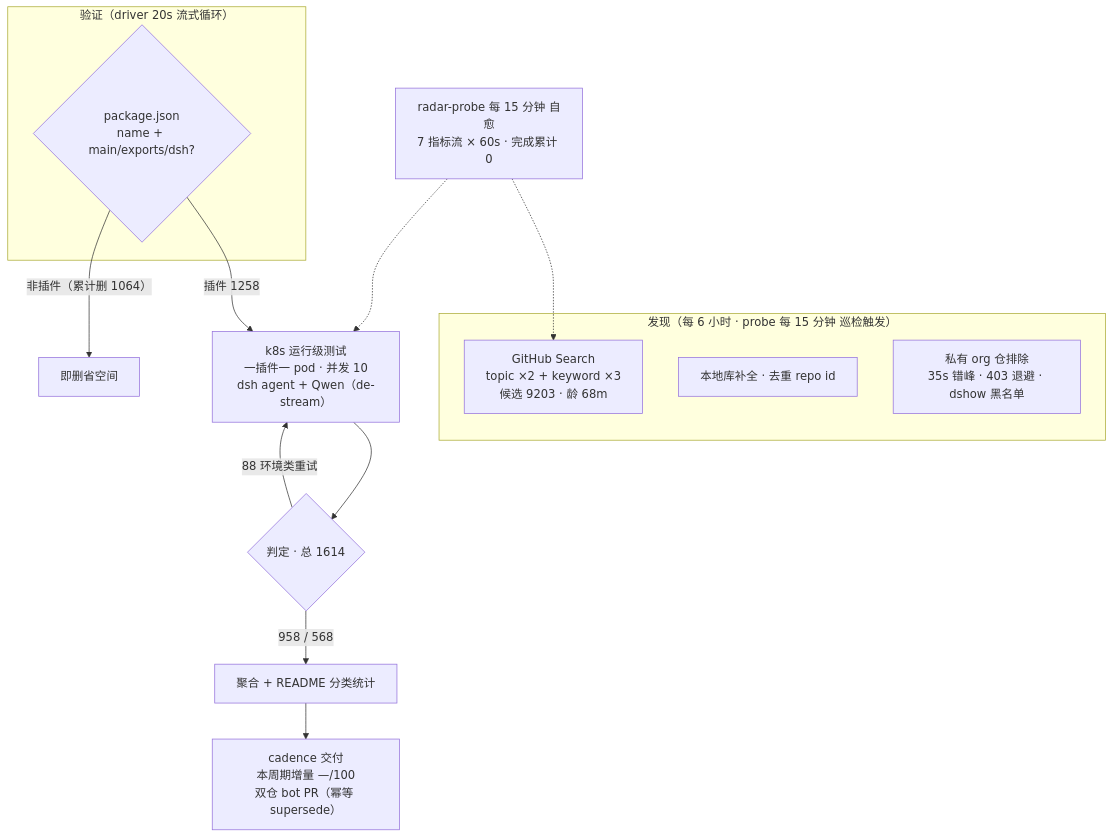
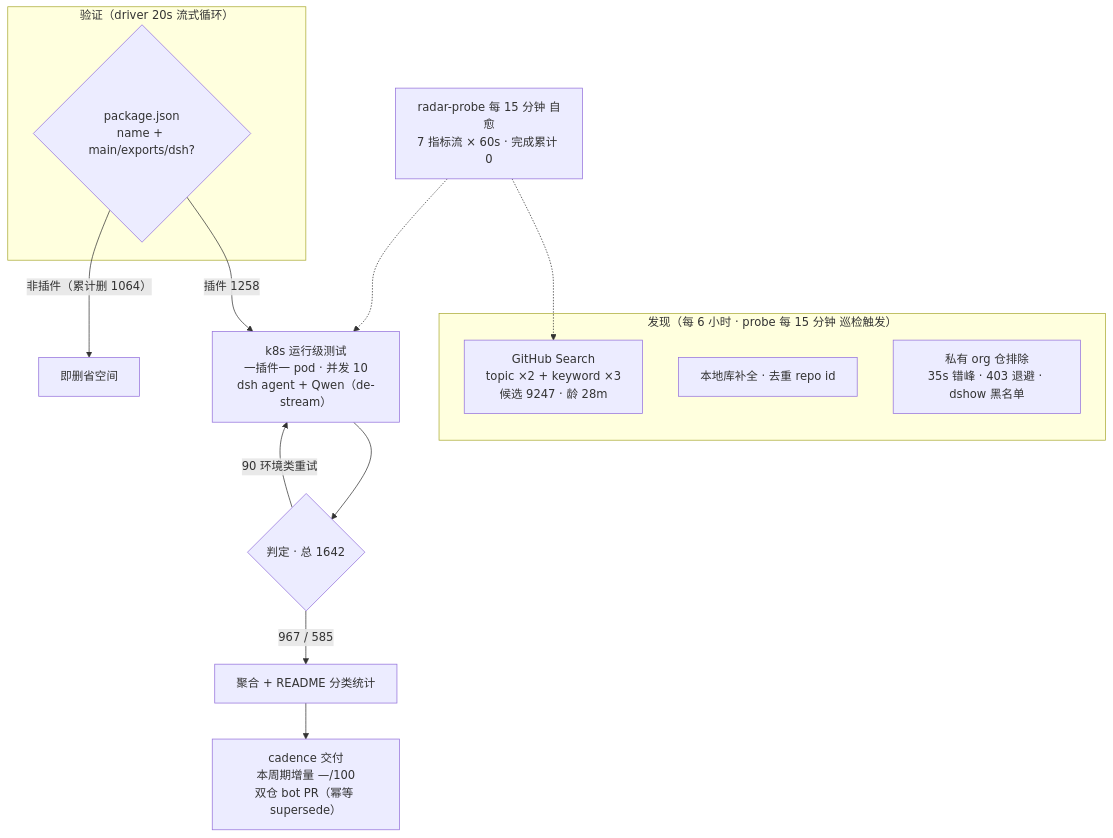
One commit to Zhidao-Lab-OSS/awesome-dsh-plugins changed the diagram in README.md. Above: the diagram before and after it, drawn with Mermaid. The commit also changed other lines of this file and 1 other file, not shown here.

````diff
--- a/README.md
+++ b/README.md
@@ -30,19 +30,19 @@
 ```mermaid
 flowchart TB
     subgraph Discovery[" 发现（每 6 小时 · probe 每 15 分钟 巡检触发）"]
-        A1["GitHub Search<br/>topic ×2 + keyword ×3<br/>候选 9203 · 龄 68m"]
+        A1["GitHub Search<br/>topic ×2 + keyword ×3<br/>候选 9247 · 龄 28m"]
         A2["本地库补全 · 去重 repo id"]
         A3[" 私有 org 仓排除<br/>35s 错峰 · 403 退避 · dshow 黑名单"]
     end
     subgraph Validation[" 验证（driver 20s 流式循环）"]
         B1{"package.json<br/>name + main/exports/dsh?"}
     end
     B1 -->|"插件 1258"| C1["k8s 运行级测试<br/>一插件一 pod · 并发 10<br/>dsh agent + Qwen（de-stream）"]
     B1 -->|"非插件（累计删 1064）"| B3[" 即删省空间"]
-    C1 --> D1{"判定 · 总 1614"}
-    D1 -->|" 958 /  568"| E1["聚合 + README 分类统计"]
-    D1 -->|" 88 环境类重试"| C1
+    C1 --> D1{"判定 · 总 1642"}
+    D1 -->|" 967 /  585"| E1["聚合 + README 分类统计"]
+    D1 -->|" 90 环境类重试"| C1
     E1 --> E2["cadence 交付<br/>本周期增量 —/100<br/>双仓 bot PR（幂等 supersede）"]
     M[" radar-probe 每 15 分钟 自愈<br/>7 指标流 × 60s · 完成累计 0"] -.-> A1
     M -.-> C1
 ```
````
